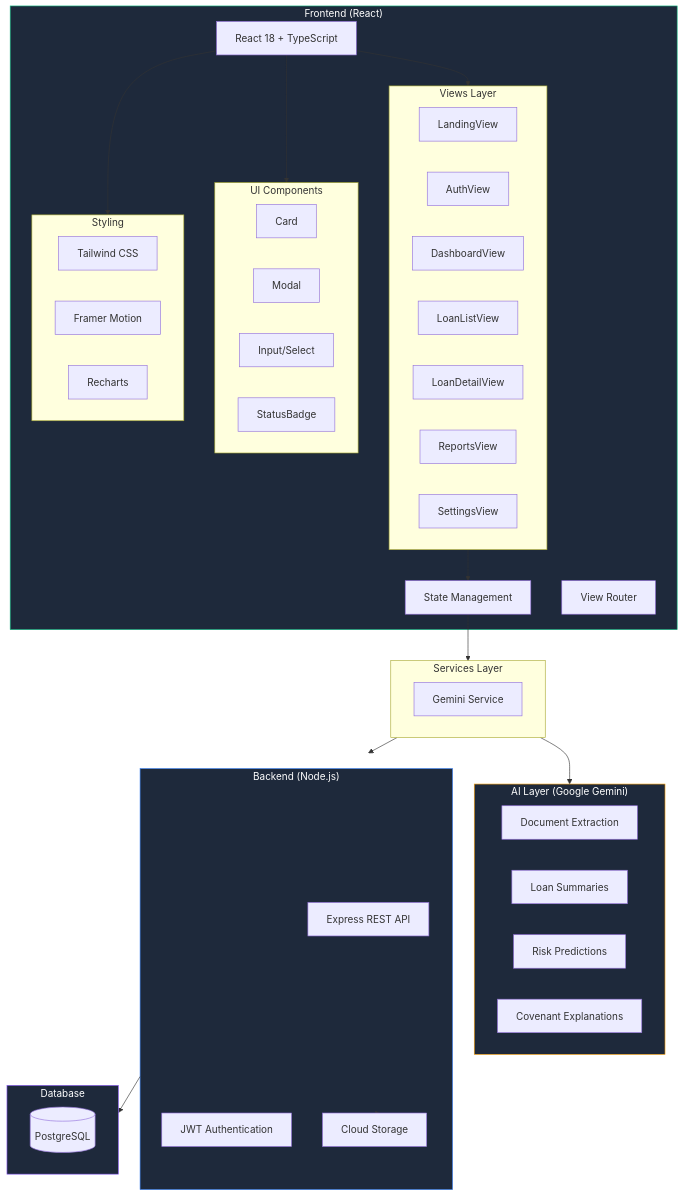
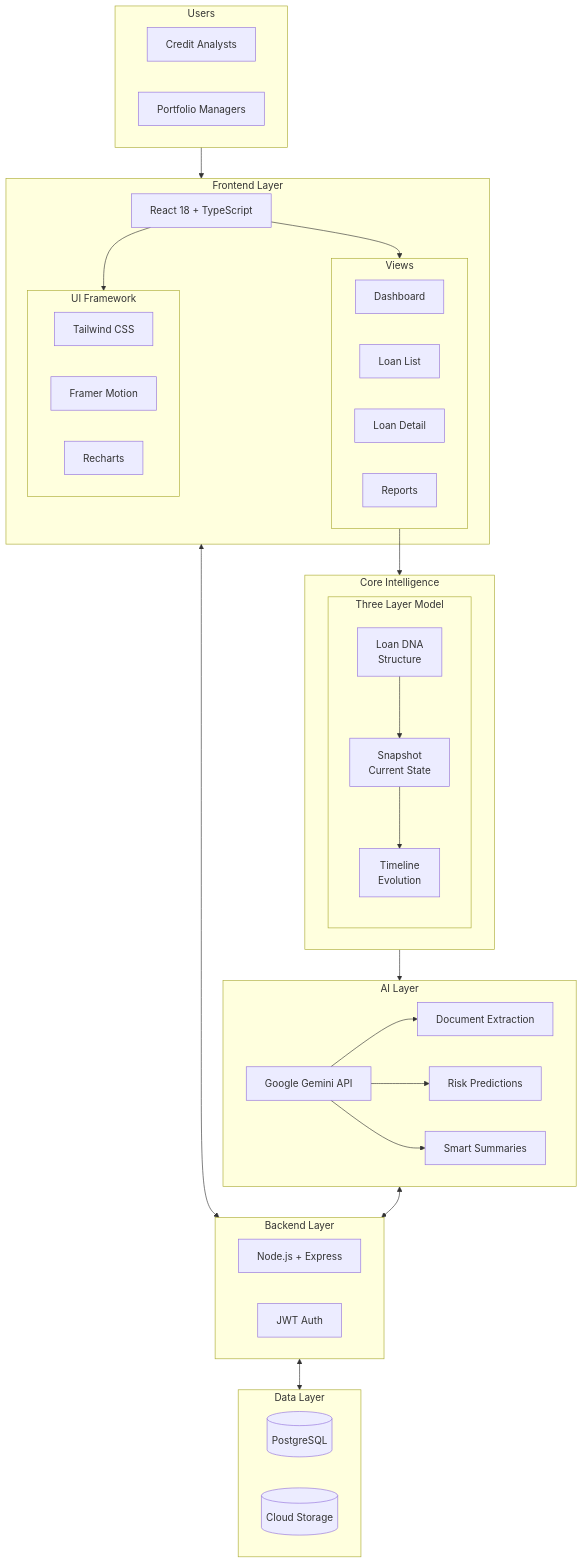
The diagram in ARCHITECTURE.md (ahammadshawki8/Coven), drawn with Mermaid before and after one commit. The commit also changed other lines of this file and 1 other file, not shown here.

Commit message:
flow uploaded

````diff
--- a/ARCHITECTURE.md
+++ b/ARCHITECTURE.md
@@ -5,67 +3,67 @@
 ```mermaid
 flowchart TB
-    subgraph Client["Frontend (React)"]
-        UI[React 18 + TypeScript]
-        State[State Management]
-        Router[View Router]
+    subgraph Users["Users"]
+        Analyst[Credit Analysts]
+        Manager[Portfolio Managers]
+    end
+
+    subgraph Frontend["Frontend Layer"]
+        React[React 18 + TypeScript]
         
-        subgraph Views["Views Layer"]
-            Landing[LandingView]
-            Auth[AuthView]
-            Dashboard[DashboardView]
-            LoanList[LoanListView]
-            LoanDetail[LoanDetailView]
-            Reports[ReportsView]
-            Settings[SettingsView]
+        subgraph Views["Views"]
+            Dashboard[Dashboard]
+            LoanList[Loan List]
+            LoanDetail[Loan Detail]
+            Reports[Reports]
         end
         
-        subgraph Components["UI Components"]
-            Card[Card]
-            Modal[Modal]
-            Input[Input/Select]
-            Badge[StatusBadge]
-        end
-        
-        subgraph Styling["Styling"]
+        subgraph UI["UI Framework"]
             Tailwind[Tailwind CSS]
             Framer[Framer Motion]
             Recharts[Recharts]
         end
     end
+
+    subgraph Core["Core Intelligence"]
+        subgraph ThreeLayers["Three Layer Model"]
+            DNA[Loan DNA<br/>Structure]
+            Snapshot[Snapshot<br/>Current State]
+            Timeline[Timeline<br/>Evolution]
+        end
+    end
+
+    subgraph AI["AI Layer"]
+        Gemini[Google Gemini API]
+        
+        Extract[Document Extraction]
+        Predict[Risk Predictions]
+        Summarize[Smart Summaries]
+    end
+
+    subgraph Backend["Backend Layer"]
+        API[Node.js + Express]
+        Auth[JWT Auth]
+    end
+
+    subgraph Data["Data Layer"]
+        PostgreSQL[(PostgreSQL)]
+        Storage[(Cloud Storage)]
+    end
+
+    Users --> Frontend
+    React --> Views
+    React --> UI
     
-    subgraph Services["Services Layer"]
-        GeminiService[Gemini Service]
-    end
+    Views --> Core
+    DNA --> Snapshot
+    Snapshot --> Timeline
     
-    subgraph AI["AI Layer (Google Gemini)"]
-        DocExtract[Document Extraction]
-        Summary[Loan Summaries]
-        RiskPredict[Risk Predictions]
-        Explain[Covenant Explanations]
-    end
+    Core --> AI
+    Gemini --> Extract
+    Gemini --> Predict
+    Gemini --> Summarize
     
-    subgraph Backend["Backend (Node.js)"]
-        API[Express REST API]
-        AuthService[JWT Authentication]
-        Storage[Cloud Storage]
-    end
-    
-    subgraph Database["Database"]
-        PostgreSQL[(PostgreSQL)]
-    end
-    
-    UI --> Views
-    UI --> Components
-    UI --> Styling
-    Views --> State
-    State --> Services
-    Services --> AI
-    Services --> Backend
-    Backend --> Database
-    Backend --> Storage
-    
-    style Client fill:#1e293b,stroke:#10b981,color:#fff
-    style AI fill:#1e293b,stroke:#f59e0b,color:#fff
-    style Backend fill:#1e293b,stroke:#3b82f6,color:#fff
-    style Database fill:#1e293b,stroke:#8b5cf6,color:#fff
+    Frontend <--> Backend
+    Backend <--> Data
+    AI <--> Backend
 ```
````
